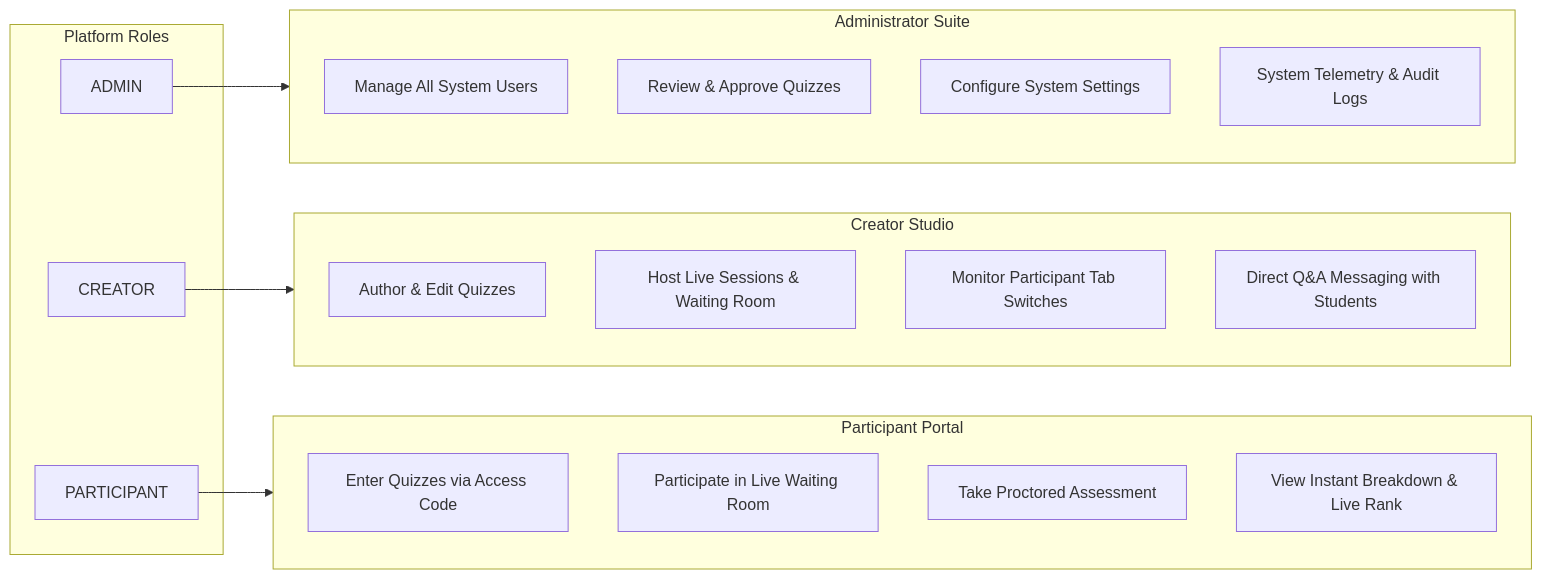
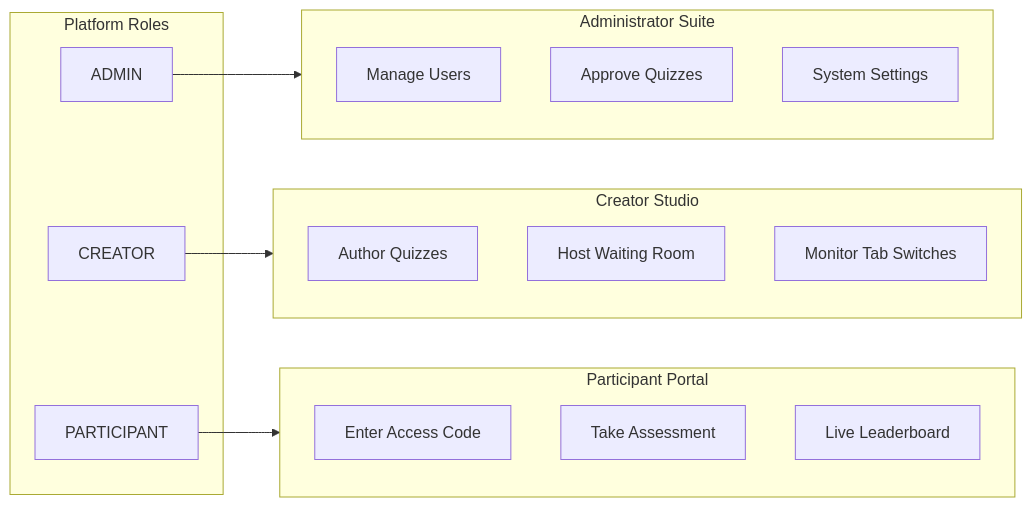
The third of 6 diagrams in README.md (Amritesh-Singh-okay/QuizLive-), drawn with Mermaid before and after one commit. The commit also changed other lines of this file, not shown here.

Commit message:
docs: streamline README, fix mermaid rendering errors, remove TOC

````diff
--- a/README.md
+++ b/README.md
@@ -220,33 +172,30 @@
 ```mermaid
 flowchart LR
     subgraph Roles ["Platform Roles"]
         R_Admin["ADMIN"]
         R_Creator["CREATOR"]
         R_Participant["PARTICIPANT"]
     end
 
     subgraph AdminActions ["Administrator Suite"]
-        A1["Manage All System Users"]
-        A2["Review & Approve Quizzes"]
-        A3["Configure System Settings"]
-        A4["System Telemetry & Audit Logs"]
+        A1["Manage Users"]
+        A2["Approve Quizzes"]
+        A3["System Settings"]
     end
 
     subgraph CreatorActions ["Creator Studio"]
-        C1["Author & Edit Quizzes"]
-        C2["Host Live Sessions & Waiting Room"]
-        C3["Monitor Participant Tab Switches"]
-        C4["Direct Q&A Messaging with Students"]
+        C1["Author Quizzes"]
+        C2["Host Waiting Room"]
+        C3["Monitor Tab Switches"]
     end
 
     subgraph ParticipantActions ["Participant Portal"]
-        P1["Enter Quizzes via Access Code"]
-        P2["Participate in Live Waiting Room"]
-        P3["Take Proctored Assessment"]
-        P4["View Instant Breakdown & Live Rank"]
+        P1["Enter Access Code"]
+        P2["Take Assessment"]
+        P3["Live Leaderboard"]
     end
 
     R_Admin --> AdminActions
     R_Creator --> CreatorActions
     R_Participant --> ParticipantActions
 ```
````
